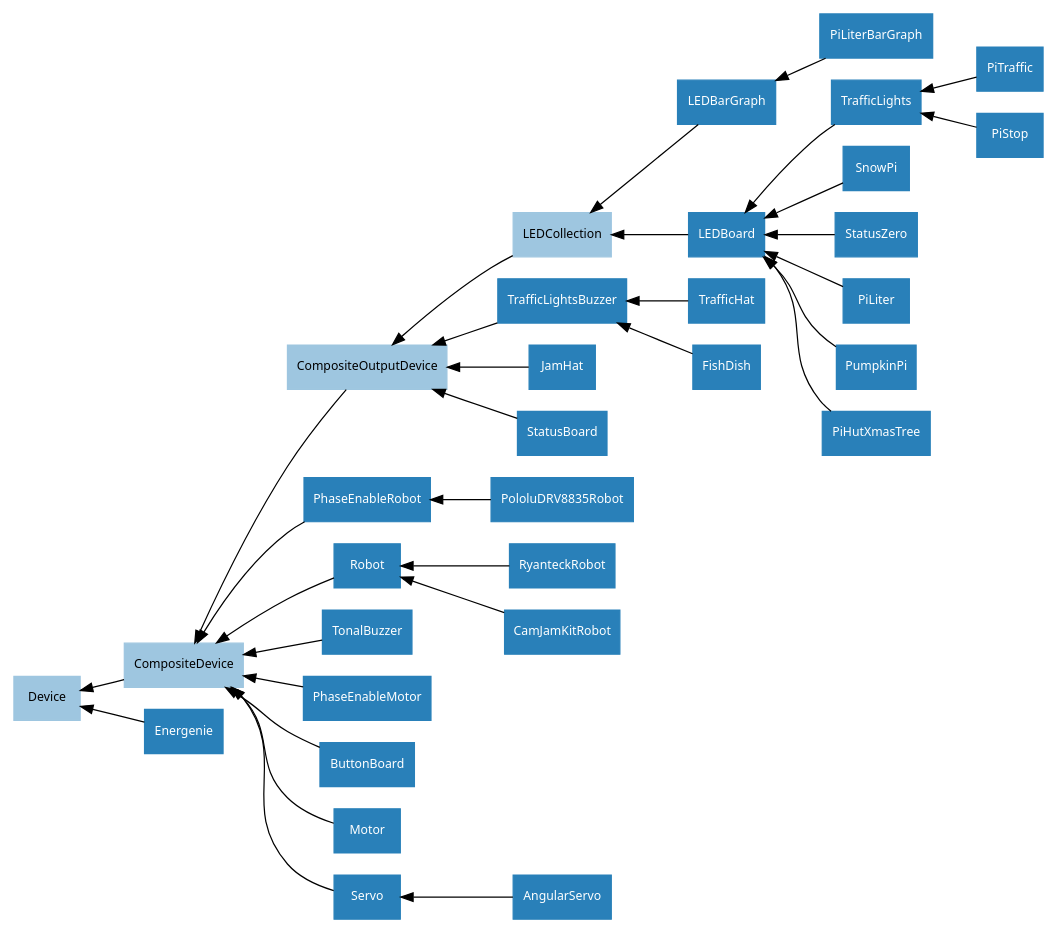
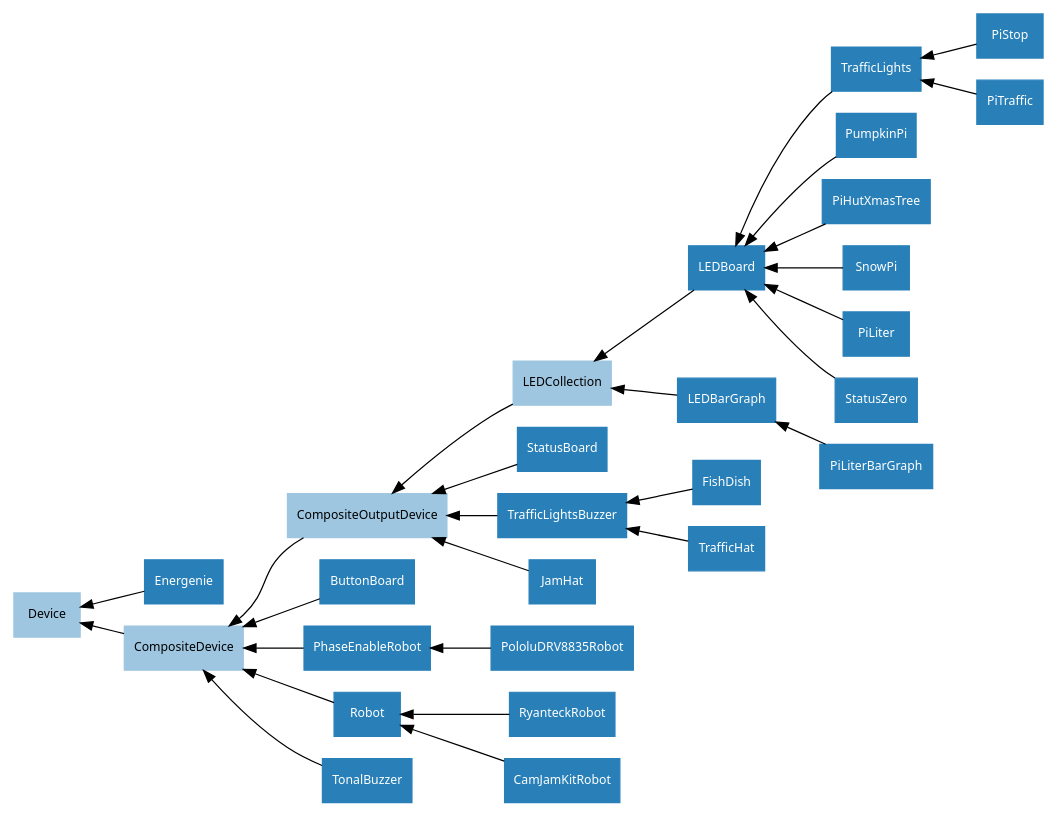
Before and after one commit to gpiozero/gpiozero: the diagram in docs/images/composite_device_hierarchy.dot, drawn with Graphviz. The commit also changed 19 other files, not shown here.

```diff
--- a/docs/images/composite_device_hierarchy.dot
+++ b/docs/images/composite_device_hierarchy.dot
@@ -1,53 +1,49 @@
 digraph classes {
     graph [rankdir=RL];
     node [shape=rect, style=filled, fontname=Sans, fontsize=10];
     edge [];
 
     /* Mixin classes */
     node [color="#c69ee0", fontcolor="#000000"]
 
     
 
     /* Abstract classes */
     node [color="#9ec6e0", fontcolor="#000000"]
 
+    CompositeDevice;
+    CompositeOutputDevice;
     Device;
     LEDCollection;
-    CompositeOutputDevice;
-    CompositeDevice;
 
     /* Concrete classes */
     node [color="#2980b9", fontcolor="#ffffff"];
 
+    StatusBoard->CompositeOutputDevice;
+    FishDish->TrafficLightsBuzzer;
+    TrafficLights->LEDBoard;
+    ButtonBoard->CompositeDevice;
+    LEDCollection->CompositeOutputDevice;
+    Energenie->Device;
     PololuDRV8835Robot->PhaseEnableRobot;
+    RyanteckRobot->Robot;
+    JamHat->CompositeOutputDevice;
+    TrafficLightsBuzzer->CompositeOutputDevice;
+    Robot->CompositeDevice;
     LEDBarGraph->LEDCollection;
-    LEDBoard->LEDCollection;
-    TrafficHat->TrafficLightsBuzzer;
-    RyanteckRobot->Robot;
-    Robot->CompositeDevice;
-    LEDCollection->CompositeOutputDevice;
-    PhaseEnableRobot->CompositeDevice;
     CamJamKitRobot->Robot;
-    Energenie->Device;
-    TrafficLights->LEDBoard;
-    JamHat->CompositeOutputDevice;
-    StatusBoard->CompositeOutputDevice;
-    SnowPi->LEDBoard;
-    PiTraffic->TrafficLights;
-    StatusZero->LEDBoard;
-    TonalBuzzer->CompositeDevice;
-    PhaseEnableMotor->CompositeDevice;
-    ButtonBoard->CompositeDevice;
-    Motor->CompositeDevice;
-    CompositeOutputDevice->CompositeDevice;
-    PiLiterBarGraph->LEDBarGraph;
-    PiLiter->LEDBoard;
-    FishDish->TrafficLightsBuzzer;
-    PiStop->TrafficLights;
-    TrafficLightsBuzzer->CompositeOutputDevice;
     PumpkinPi->LEDBoard;
     PiHutXmasTree->LEDBoard;
-    AngularServo->Servo;
-    Servo->CompositeDevice;
+    CompositeOutputDevice->CompositeDevice;
+    PiStop->TrafficLights;
+    LEDBoard->LEDCollection;
+    PhaseEnableRobot->CompositeDevice;
+    PiTraffic->TrafficLights;
+    TonalBuzzer->CompositeDevice;
+    SnowPi->LEDBoard;
+    TrafficHat->TrafficLightsBuzzer;
+    PiLiter->LEDBoard;
     CompositeDevice->Device;
+    StatusZero->LEDBoard;
+    PiLiterBarGraph->LEDBarGraph;
 }
```
